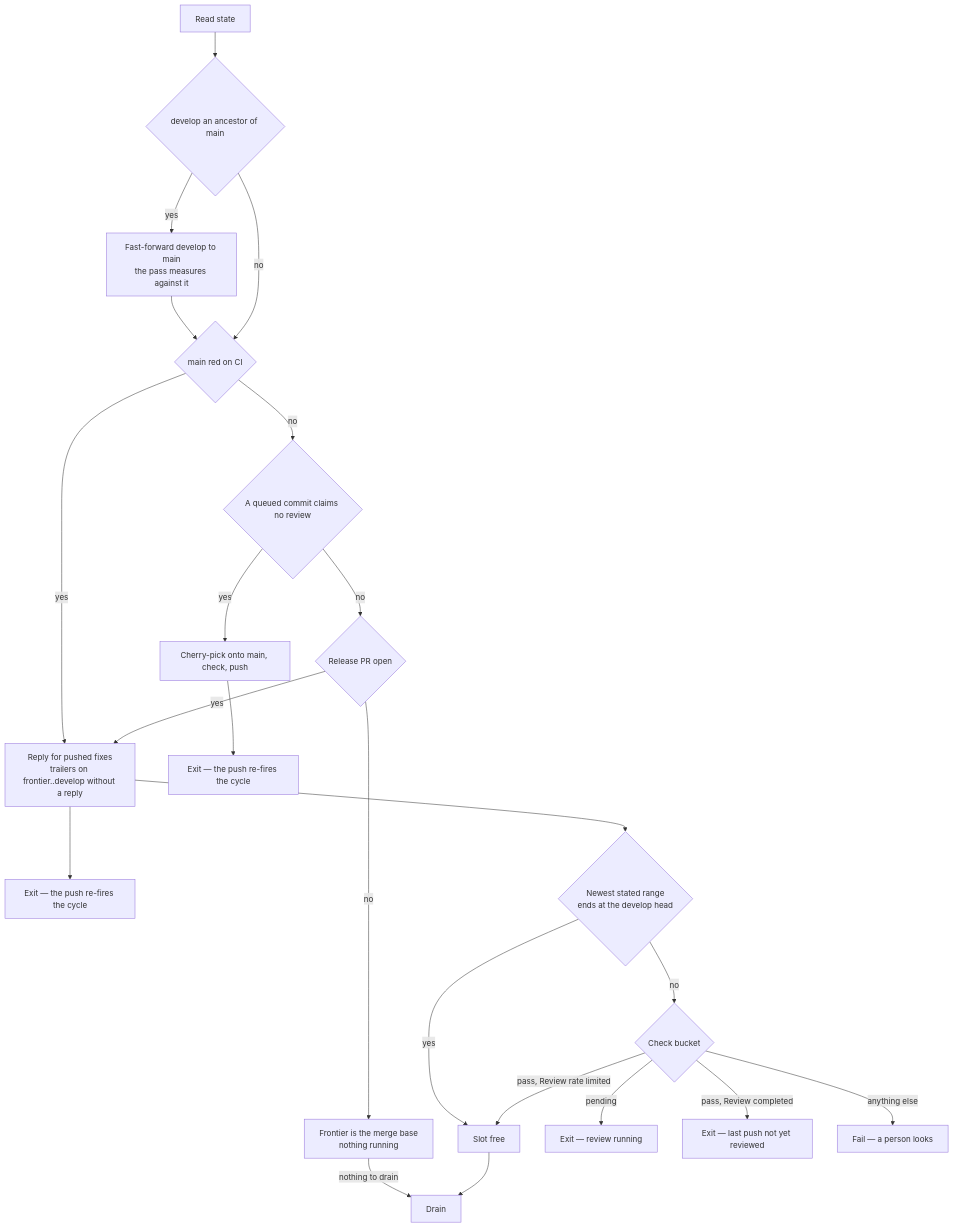
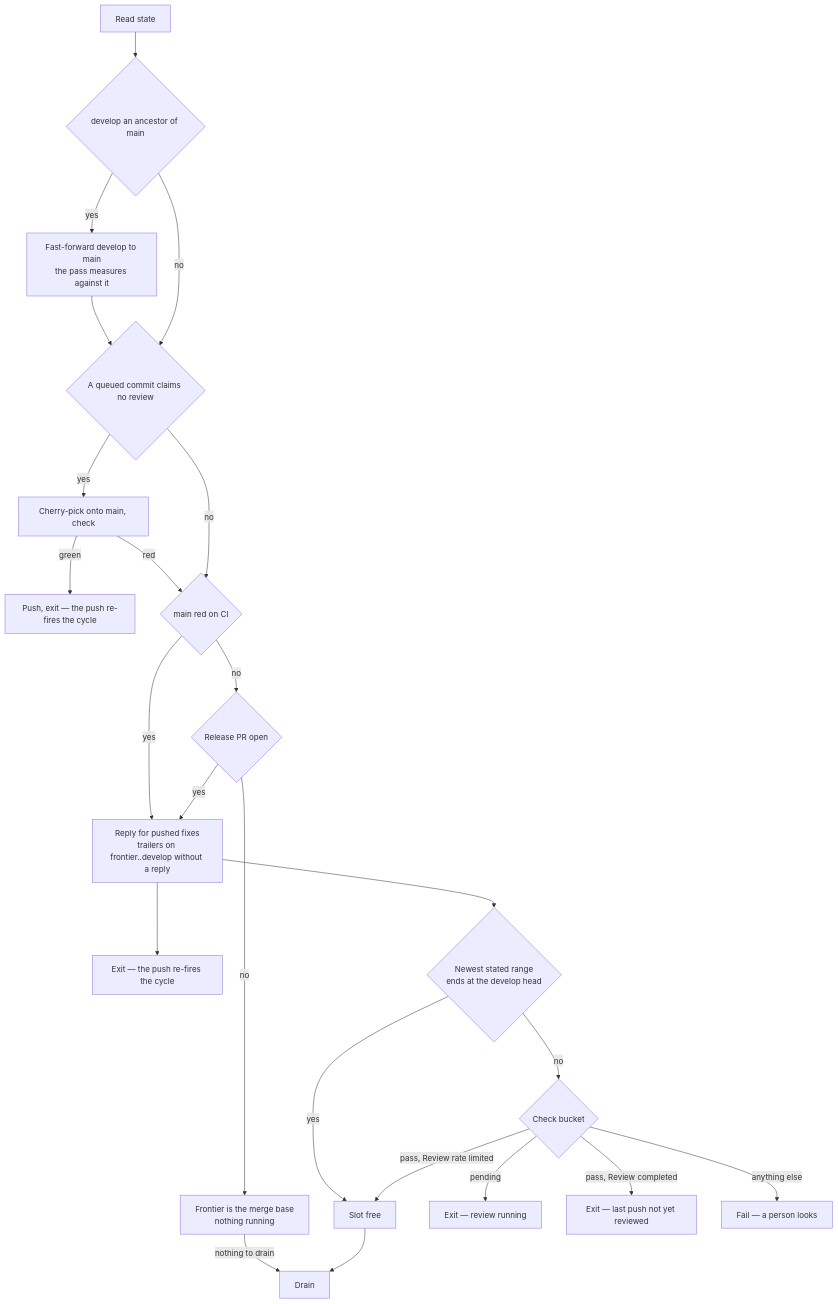
Before and after one commit to Esposter/Esposter: the first of 4 diagrams in apps/web/content/docs/infra/review-collector/collection-cycle.md, drawn with Mermaid. The commit also changed other lines of this file and 6 other files, not shown here.

First line of the commit message:
fix(coderabbit): the express cut goes first, and a red main is repaired behind a red cut

````diff
--- a/apps/web/content/docs/infra/review-collector/collection-cycle.md
+++ b/apps/web/content/docs/infra/review-collector/collection-cycle.md
@@ -42,20 +40,22 @@
 ```mermaid
 flowchart TD
   S[Read state] --> RS{develop an ancestor of main}
-  RS -->|yes| FF[Fast-forward develop to main<br/>the pass measures against it] --> MR
-  RS -->|no| MR{main red on CI}
+  RS -->|yes| FF[Fast-forward develop to main<br/>the pass measures against it] --> EL
+  RS -->|no| EL{A queued commit claims no review}
+  EL -->|yes| CP[Cherry-pick onto main, check]
+  CP -->|green| X3[Push, exit — the push re-fires the cycle]
+  CP -->|red| MR
+  EL -->|no| MR{main red on CI}
   MR -->|yes| RP[Claude repairs it — cut, check, push] --> X6[Exit — the push re-fires the cycle]
-  MR -->|no| EL{A queued commit claims no review}
-  EL -->|yes| CP[Cherry-pick onto main, check, push] --> X3[Exit — the push re-fires the cycle]
-  EL -->|no| PR{Release PR open}
+  MR -->|no| PR{Release PR open}
   PR -->|no| MB[Frontier is the merge base<br/>nothing running] -->|nothing to drain| D
   PR -->|yes| RP[Reply for pushed fixes<br/>trailers on frontier..develop without a reply]
   RP --> B{Newest stated range<br/>ends at the develop head}
   B -->|yes| OK[Slot free]
   B -->|no| ST{Check bucket}
   ST -->|pending| X1[Exit — review running]
   ST -->|pass, Review completed| X2[Exit — last push not yet reviewed]
   ST -->|pass, Review rate limited| OK
   ST -->|anything else| X4[Fail — a person looks]
   OK --> D[Drain]
 ```
````
